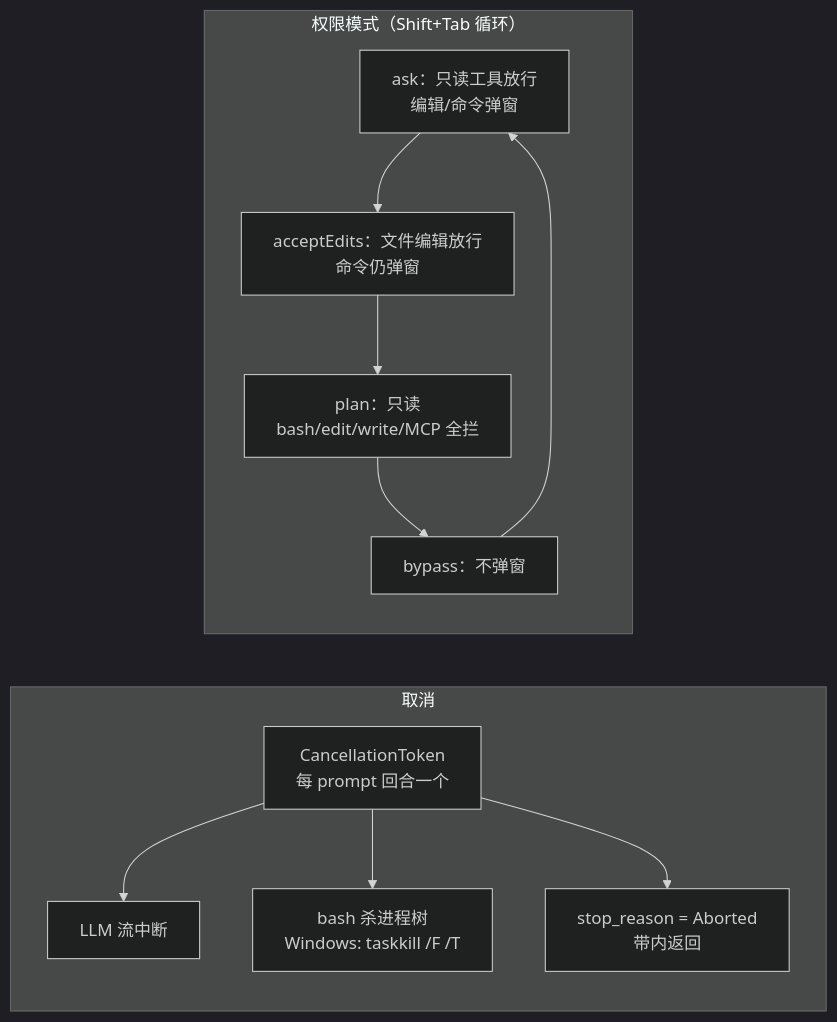
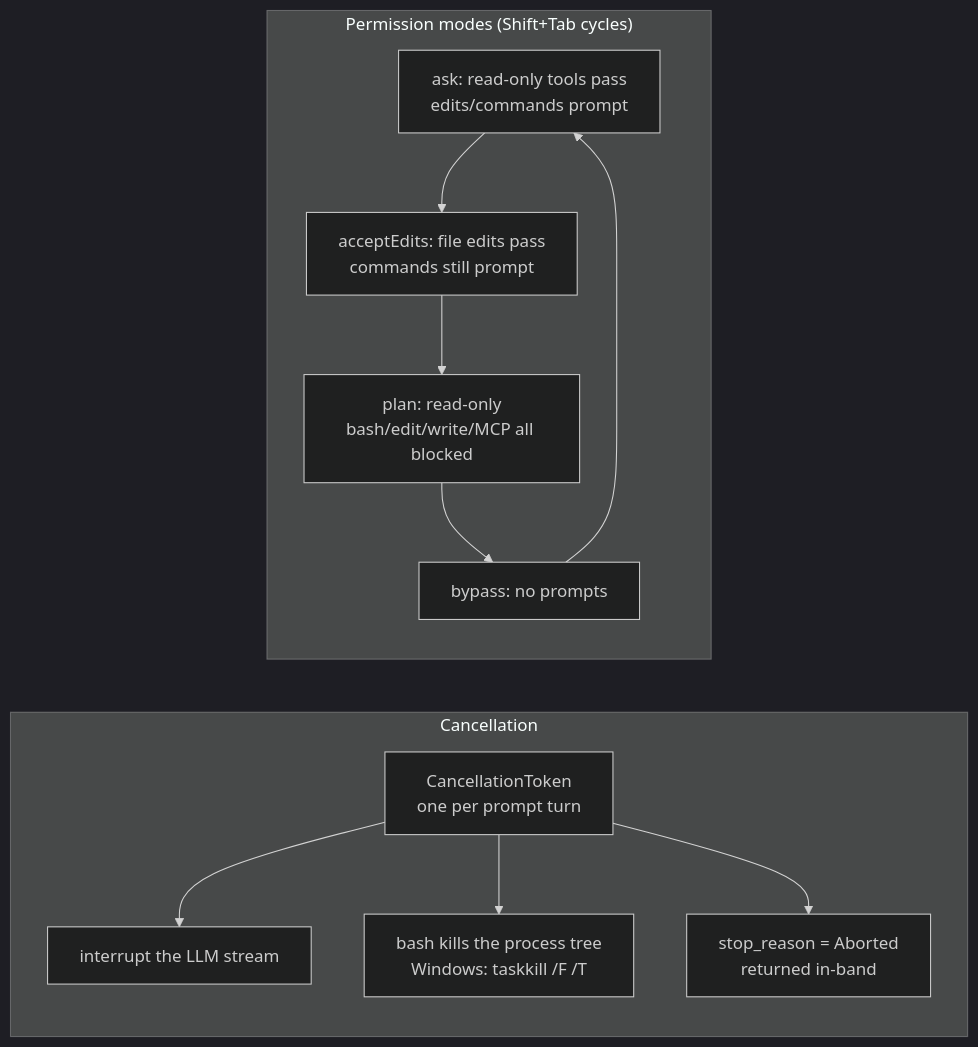
Before and after one commit to Tack-AI/tack: diagram 11 of 11 in docs/architecture.md, drawn with Mermaid (dark theme). The commit also changed other lines of this file and 46 other files, not shown here.

````diff
--- a/docs/architecture.md
+++ b/docs/architecture.md
@@ -344,17 +357,17 @@
 ```mermaid
 flowchart LR
-    subgraph Cancel["取消"]
-        CT[CancellationToken<br/>每 prompt 回合一个]
-        CT --> AB1[LLM 流中断]
-        CT --> AB2[bash 杀进程树<br/>Windows: taskkill /F /T]
-        CT --> AB3[stop_reason = Aborted<br/>带内返回]
+    subgraph Cancel["Cancellation"]
+        CT[CancellationToken<br/>one per prompt turn]
+        CT --> AB1[interrupt the LLM stream]
+        CT --> AB2[bash kills the process tree<br/>Windows: taskkill /F /T]
+        CT --> AB3[stop_reason = Aborted<br/>returned in-band]
     end
 
-    subgraph Perm["权限模式（Shift+Tab 循环）"]
-        P1[ask：只读工具放行<br/>编辑/命令弹窗]
-        P2[acceptEdits：文件编辑放行<br/>命令仍弹窗]
-        P3[plan：只读<br/>bash/edit/write/MCP 全拦]
-        P4[bypass：不弹窗]
+    subgraph Perm["Permission modes (Shift+Tab cycles)"]
+        P1[ask: read-only tools pass<br/>edits/commands prompt]
+        P2[acceptEdits: file edits pass<br/>commands still prompt]
+        P3[plan: read-only<br/>bash/edit/write/MCP all blocked]
+        P4[bypass: no prompts]
         P1 --> P2 --> P3 --> P4 --> P1
     end
 ```
````
